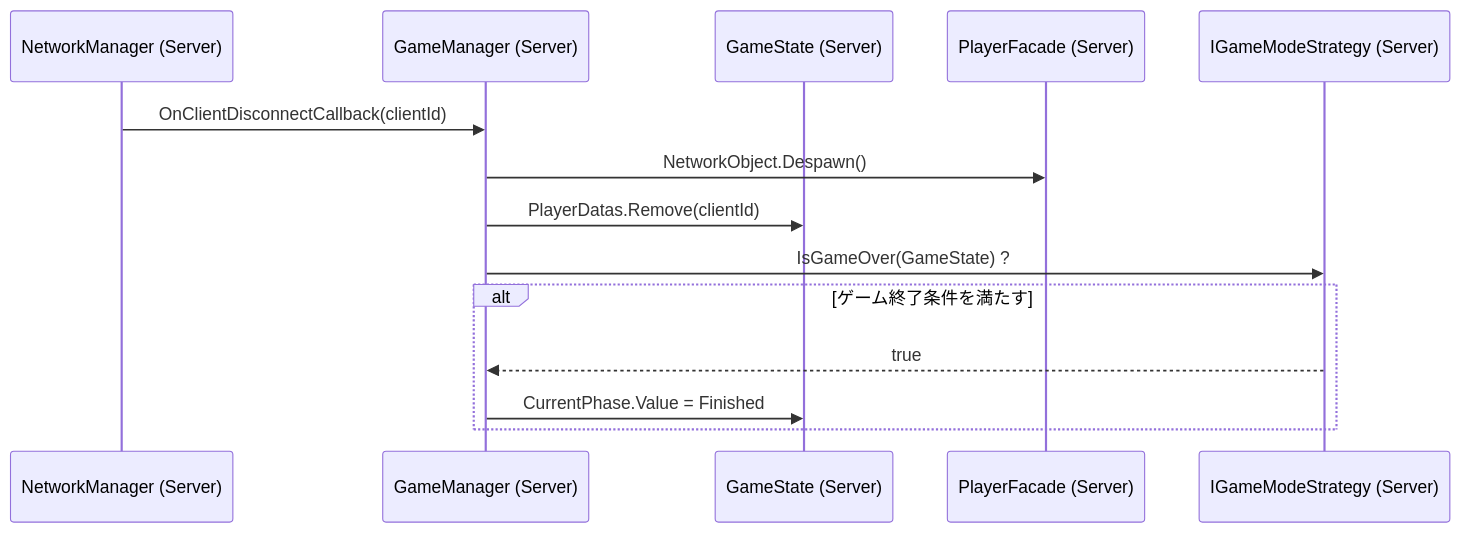
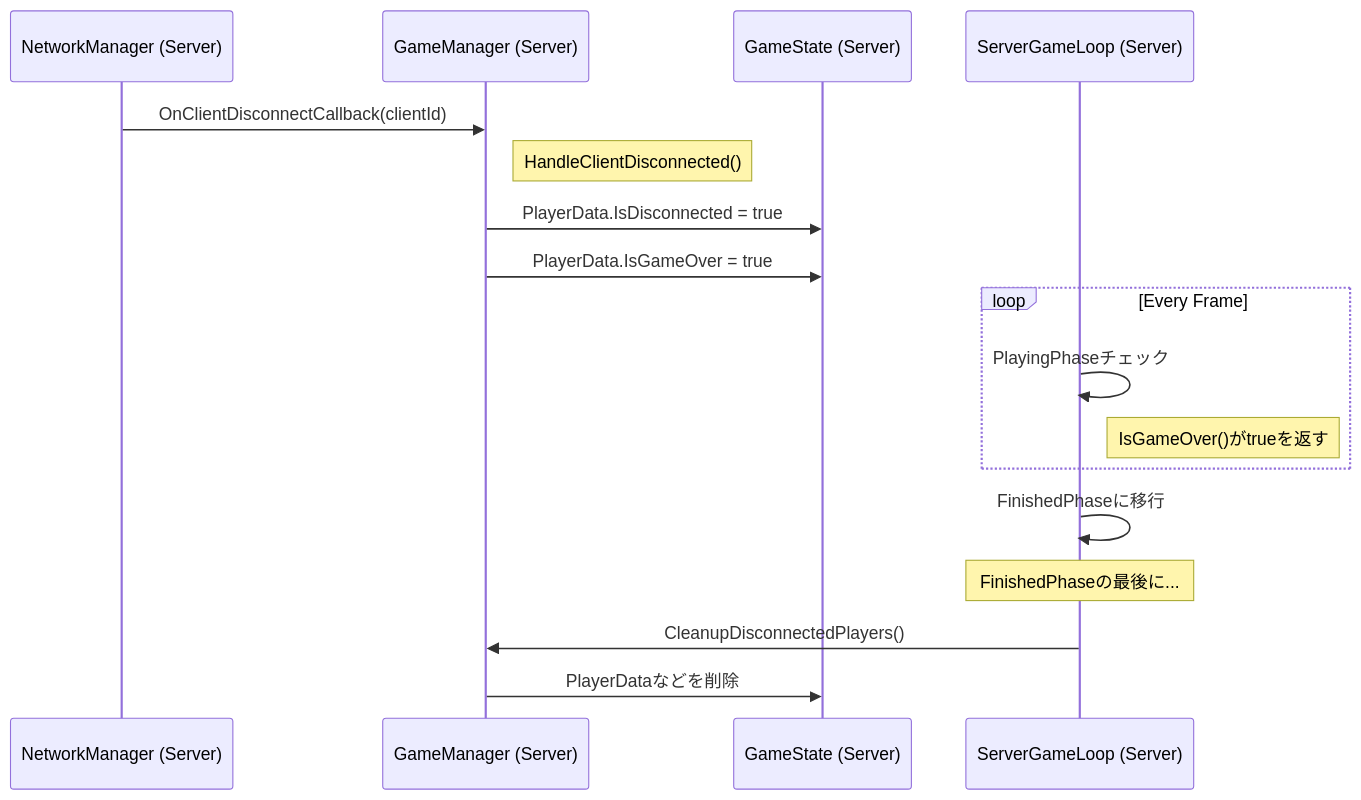
Before and after one commit to C4P3/TypingSurvivor: the first of 3 diagrams in Assets/_Project/Features/Core/Disconnection-Handling.md, drawn with Mermaid. The commit also changed other lines of this file and 2 other files, not shown here.

````diff
--- a/Assets/_Project/Features/Core/Disconnection-Handling.md
+++ b/Assets/_Project/Features/Core/Disconnection-Handling.md
@@ -19,17 +19,22 @@
 ```mermaid
 sequenceDiagram
     participant NetManager as NetworkManager (Server)
     participant GameManager as GameManager (Server)
     participant GameState as GameState (Server)
-    participant PlayerFacade as PlayerFacade (Server)
-    participant GameModeStrategy as IGameModeStrategy (Server)
+    participant ServerLoop as ServerGameLoop (Server)
 
     NetManager->>GameManager: OnClientDisconnectCallback(clientId)
-    GameManager->>PlayerFacade: NetworkObject.Despawn()
-    GameManager->>GameState: PlayerDatas.Remove(clientId)
-    GameManager->>GameModeStrategy: IsGameOver(GameState) ?
-    alt ゲーム終了条件を満たす
-        GameModeStrategy-->>GameManager: true
-        GameManager->>GameState: CurrentPhase.Value = Finished
+    Note right of GameManager: HandleClientDisconnected()
+    GameManager->>GameState: PlayerData.IsDisconnected = true
+    GameManager->>GameState: PlayerData.IsGameOver = true
+    
+    loop Every Frame
+        ServerLoop->>ServerLoop: PlayingPhaseチェック
+        Note right of ServerLoop: IsGameOver()がtrueを返す
     end
+    ServerLoop->>ServerLoop: FinishedPhaseに移行
+    
+    Note over ServerLoop: FinishedPhaseの最後に...
+    ServerLoop->>GameManager: CleanupDisconnectedPlayers()
+    GameManager->>GameState: PlayerDataなどを削除
 ```
````
